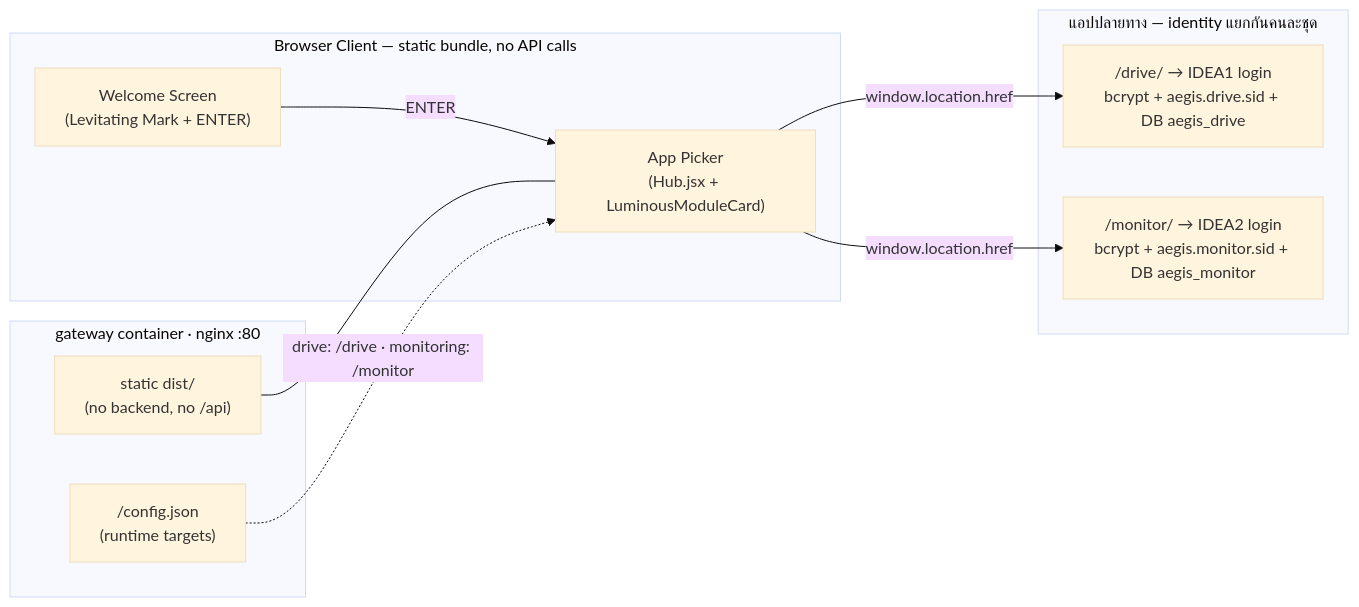
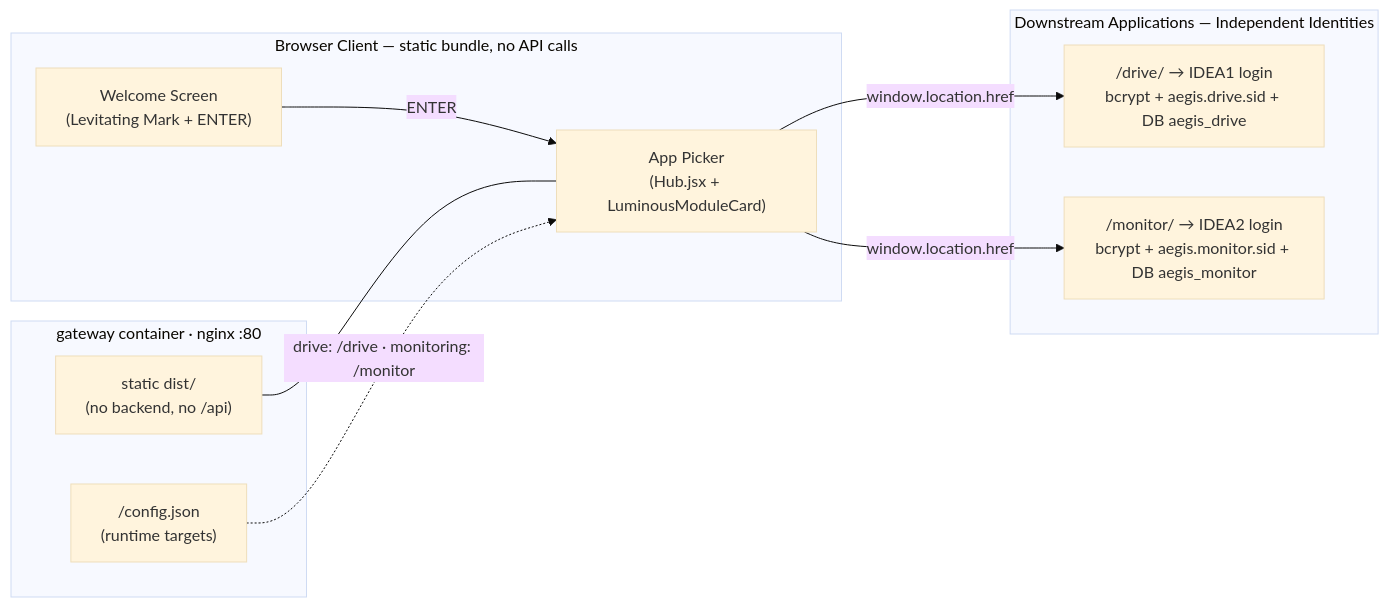
Before and after one commit to kraveerachat/Project-End-The-AEGIS: the diagram in Obsidian_AEGIS_Vault/AEGIS_Knowledge/01 - 🚪 HUB-AEGIS Entry.md, drawn with Mermaid (base theme). The commit also changed other lines of this file and 63 other files, not shown here.

````diff
--- a/Obsidian_AEGIS_Vault/AEGIS_Knowledge/01 - 🚪 HUB-AEGIS Entry.md
+++ b/Obsidian_AEGIS_Vault/AEGIS_Knowledge/01 - 🚪 HUB-AEGIS Entry.md
@@ -72,23 +59,23 @@
 ```mermaid
 flowchart LR
     subgraph Client [Browser Client — static bundle, no API calls]
         WelcomeUI["Welcome Screen<br/>(Levitating Mark + ENTER)"]
         AppPicker["App Picker<br/>(Hub.jsx + LuminousModuleCard)"]
     end
 
     subgraph Gateway [gateway container · nginx :80]
         Static["static dist/<br/>(no backend, no /api)"]
         ConfigJson["/config.json<br/>(runtime targets)"]
     end
 
-    subgraph Apps [แอปปลายทาง — identity แยกกันคนละชุด]
+    subgraph Apps [Downstream Applications — Independent Identities]
         DriveLogin["/drive/ → IDEA1 login<br/>bcrypt + aegis.drive.sid + DB aegis_drive"]
         MonitorLogin["/monitor/ → IDEA2 login<br/>bcrypt + aegis.monitor.sid + DB aegis_monitor"]
     end
 
     WelcomeUI -->|ENTER| AppPicker
     Static --- AppPicker
     ConfigJson -.->|drive: /drive · monitoring: /monitor| AppPicker
     AppPicker -->|window.location.href| DriveLogin
     AppPicker -->|window.location.href| MonitorLogin
 ```
````
